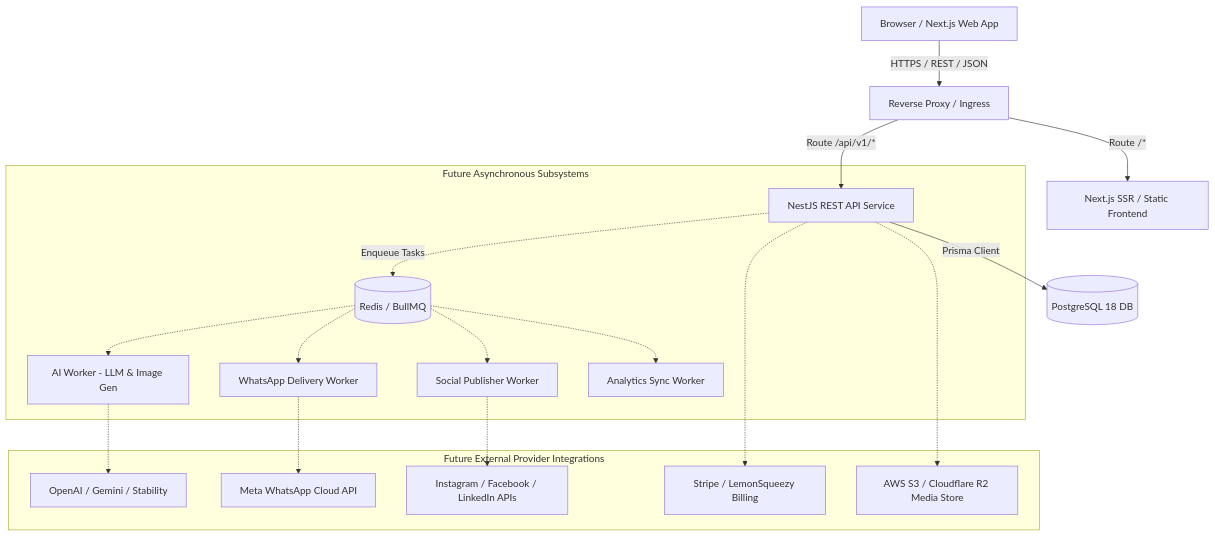
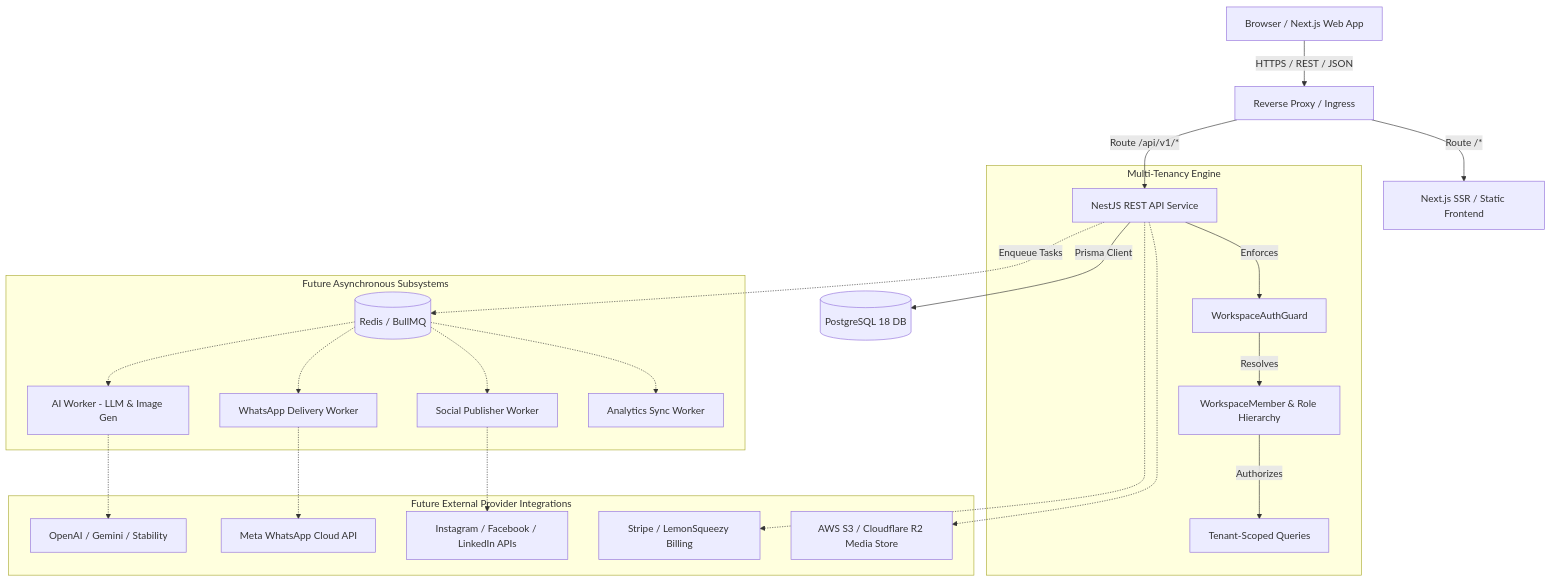
One commit to PARVINDAR77/hootsute changed the diagram in docs/SYSTEM_ARCHITECTURE.md. Above: the diagram before and after it, drawn with Mermaid. The commit also changed other lines of this file and 38 other files, not shown here.

Commit message:
feat(stage-2): implement multi-tenant business workspaces, membership management, and onboarding

````diff
--- a/docs/SYSTEM_ARCHITECTURE.md
+++ b/docs/SYSTEM_ARCHITECTURE.md
@@ -5,24 +5,30 @@
 ```mermaid
 graph TD
     Client[Browser / Next.js Web App] -->|HTTPS / REST / JSON| Nginx[Reverse Proxy / Ingress]
     Nginx -->|Route /api/v1/*| NestAPI[NestJS REST API Service]
     Nginx -->|Route /*| NextWeb[Next.js SSR / Static Frontend]
     
     NestAPI -->|Prisma Client| Postgres[(PostgreSQL 18 DB)]
     
+    subgraph Multi-Tenancy Engine
+        NestAPI -->|Enforces| WGuard[WorkspaceAuthGuard]
+        WGuard -->|Resolves| WMember[WorkspaceMember & Role Hierarchy]
+        WMember -->|Authorizes| WResource[Tenant-Scoped Queries]
+    end
+
     subgraph Future Asynchronous Subsystems
         NestAPI -.->|Enqueue Tasks| RedisQueue[(Redis / BullMQ)]
         RedisQueue -.-> WorkerAI[AI Worker - LLM & Image Gen]
         RedisQueue -.-> WorkerWhatsApp[WhatsApp Delivery Worker]
         RedisQueue -.-> WorkerPublish[Social Publisher Worker]
         RedisQueue -.-> WorkerSync[Analytics Sync Worker]
     end
 
     subgraph Future External Provider Integrations
         WorkerAI -.-> OpenAI[OpenAI / Gemini / Stability]
         WorkerWhatsApp -.-> MetaWhatsApp[Meta WhatsApp Cloud API]
         WorkerPublish -.-> SocialAPIs[Instagram / Facebook / LinkedIn APIs]
         NestAPI -.-> Stripe[Stripe / LemonSqueezy Billing]
         NestAPI -.-> S3[AWS S3 / Cloudflare R2 Media Store]
     end
 ```
````
